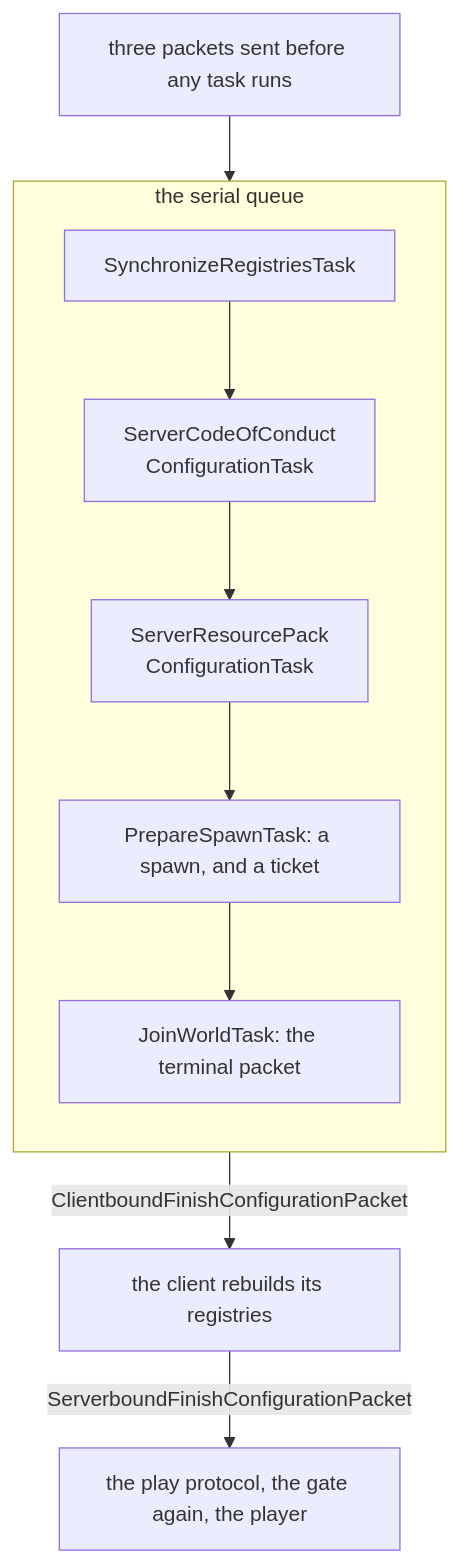
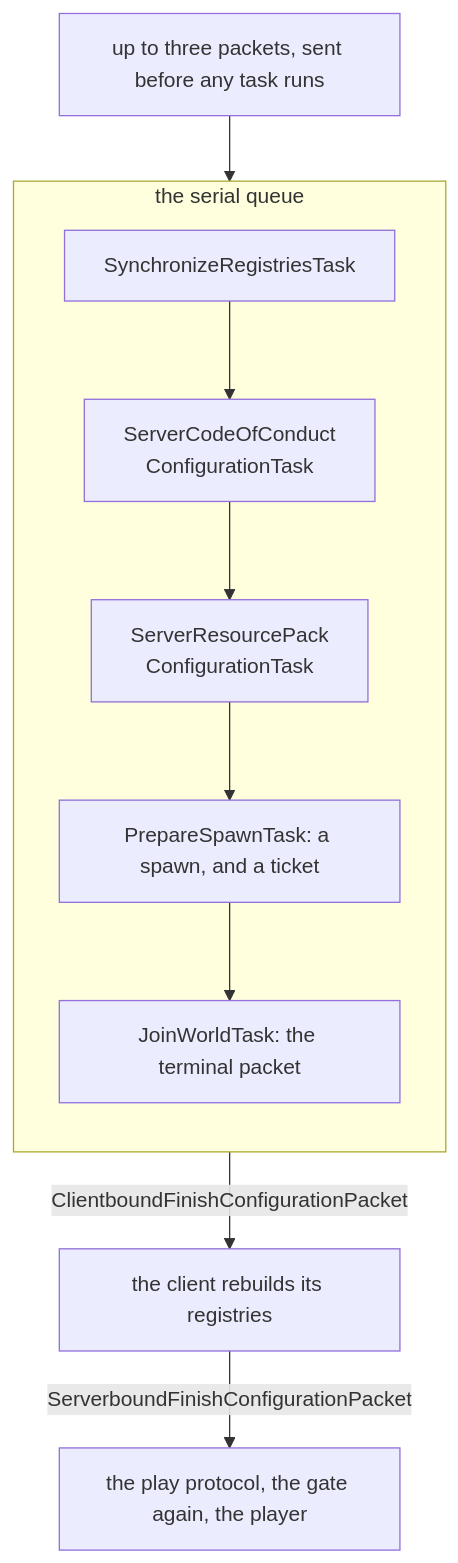
Before and after one commit to AlexanderjFraser/MinecraftDocs: the fourth of 4 diagrams in src/systems/networking/protocol-phases.md, drawn with Mermaid. The commit also changed other lines of this file and 18 other files, not shown here.

````diff
--- a/src/systems/networking/protocol-phases.md
+++ b/src/systems/networking/protocol-phases.md
@@ -282,14 +281,14 @@
 ```mermaid
 flowchart TD
-    S["three packets sent before any task runs"]:::server
+    S["up to three packets, sent before any task runs"]:::server
     S --> Q
     subgraph Q["the serial queue"]
       direction TB
       R["SynchronizeRegistriesTask"]:::server --> C["ServerCodeOfConduct<br/>ConfigurationTask"]:::server
       C --> P["ServerResourcePack<br/>ConfigurationTask"]:::server
       P --> PS["PrepareSpawnTask: a spawn, and a ticket"]:::server
       PS --> J["JoinWorldTask: the terminal packet"]:::server
     end
     Q -- "ClientboundFinishConfigurationPacket" --> CL["the client rebuilds its registries"]:::client
     CL -- "ServerboundFinishConfigurationPacket" --> F["the play protocol, the gate again, the player"]:::server
 ```
````
